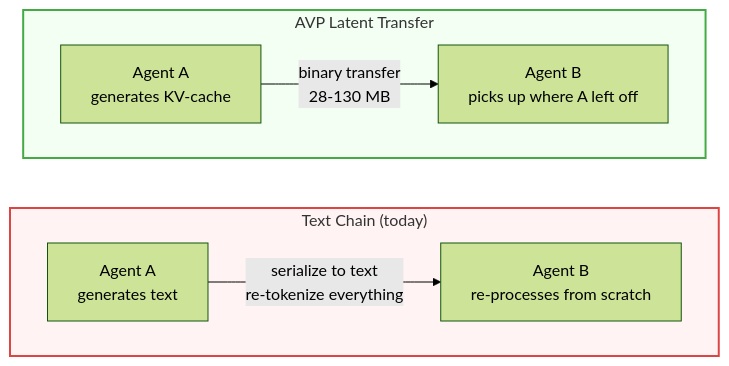
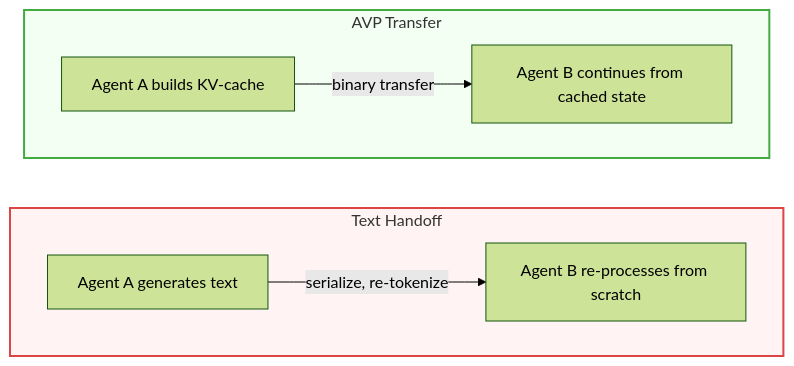
Before and after one commit to VectorArc/avp-python: the diagram in README.md, drawn with Mermaid (forest theme). The commit also changed other lines of this file and 1 other file, not shown here.

````diff
--- a/README.md
+++ b/README.md
@@ -54,15 +56,15 @@
 ```mermaid
 graph LR
-    subgraph text["Text Chain (today)"]
+    subgraph text["Text Handoff"]
         direction LR
-        A1["Agent A<br/>generates text"] -->|"serialize to text<br/>re-tokenize everything"| B1["Agent B<br/>re-processes from scratch"]
+        A1["Agent A generates text"] -->|"serialize, re-tokenize"| B1["Agent B re-processes from scratch"]
     end
 
-    subgraph avp["AVP Latent Transfer"]
+    subgraph avp["AVP Transfer"]
         direction LR
-        A2["Agent A<br/>generates KV-cache"] -->|"binary transfer<br/>28-130 MB"| B2["Agent B<br/>picks up where A left off"]
+        A2["Agent A builds KV-cache"] -->|"binary transfer"| B2["Agent B continues from cached state"]
     end
 
     style text fill:#fff3f3,stroke:#d44,stroke-width:2px
     style avp fill:#f3fff3,stroke:#4a4,stroke-width:2px
 ```
````
